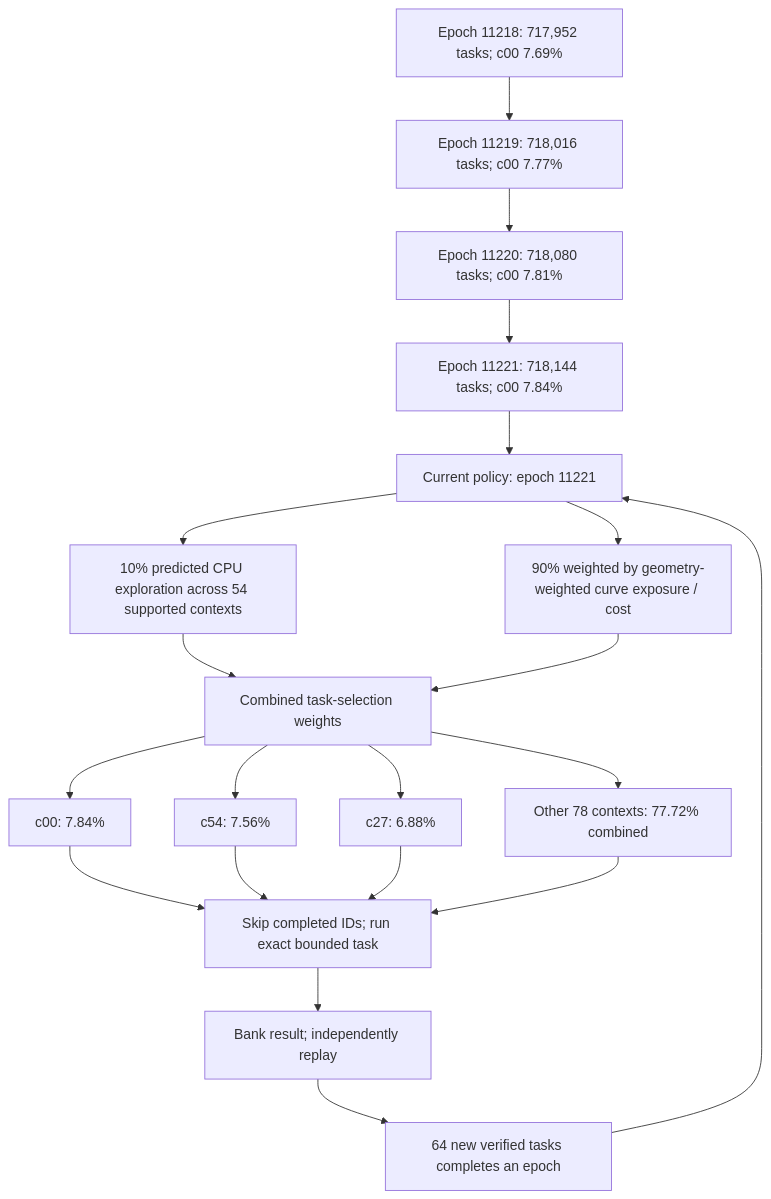
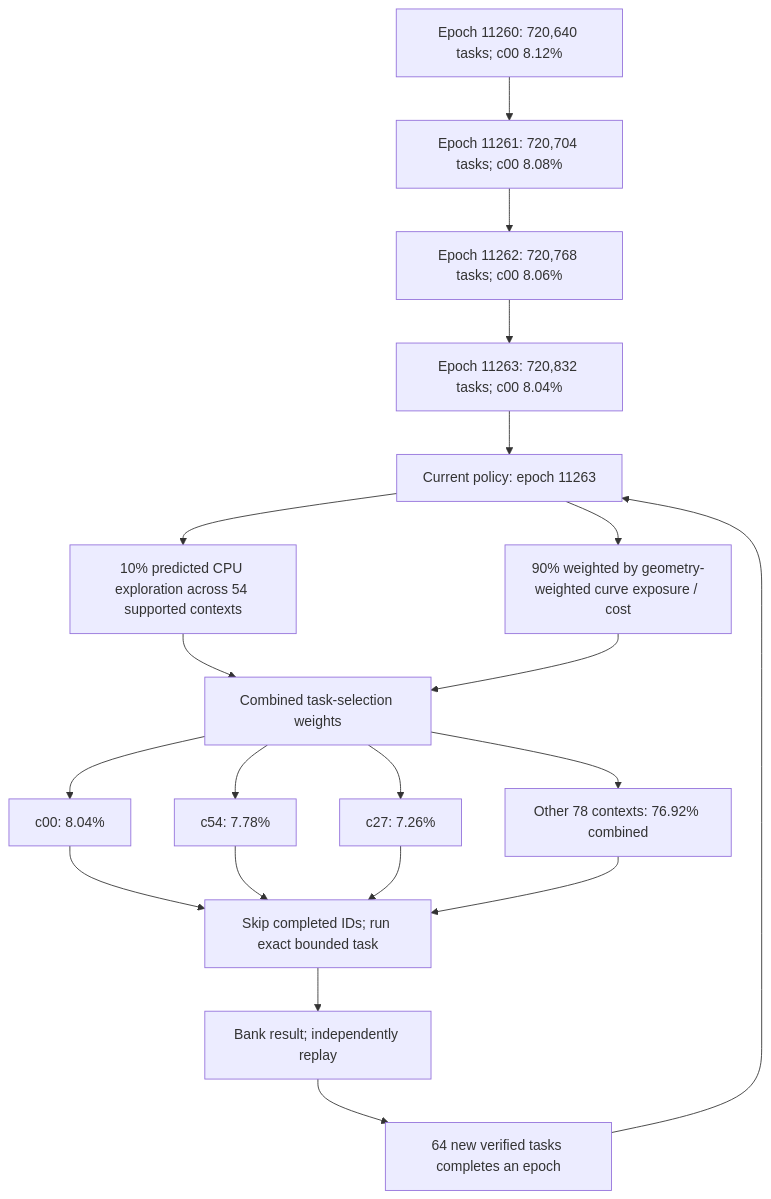
One commit to Kuberwastaken/math-gambling changed the first of 4 diagrams in README.md. Above: the diagram before and after it, drawn with Mermaid. The commit also changed other lines of this file and 5776 other files, not shown here.

````diff
--- a/README.md
+++ b/README.md
@@ -60,27 +60,27 @@
 ```mermaid
 flowchart TD
-    H0["Epoch 11218: 717,952 tasks; c00 7.69%"]
-    H1["Epoch 11219: 718,016 tasks; c00 7.77%"]
+    H0["Epoch 11260: 720,640 tasks; c00 8.12%"]
+    H1["Epoch 11261: 720,704 tasks; c00 8.08%"]
     H0 --> H1
-    H2["Epoch 11220: 718,080 tasks; c00 7.81%"]
+    H2["Epoch 11262: 720,768 tasks; c00 8.06%"]
     H1 --> H2
-    H3["Epoch 11221: 718,144 tasks; c00 7.84%"]
+    H3["Epoch 11263: 720,832 tasks; c00 8.04%"]
     H2 --> H3
-    Policy["Current policy: epoch 11221"]
+    Policy["Current policy: epoch 11263"]
     H3 --> Policy
     Policy --> Explore["10% predicted CPU exploration across 54 supported contexts"]
     Policy --> Cost["90% weighted by geometry-weighted curve exposure / cost"]
     Explore --> Mix["Combined task-selection weights"]
     Cost --> Mix
-    Mix --> C0["c00: 7.84%"]
-    Mix --> C1["c54: 7.56%"]
-    Mix --> C2["c27: 6.88%"]
-    Mix --> Rest["Other 78 contexts: 77.72% combined"]
+    Mix --> C0["c00: 8.04%"]
+    Mix --> C1["c54: 7.78%"]
+    Mix --> C2["c27: 7.26%"]
+    Mix --> Rest["Other 78 contexts: 76.92% combined"]
     C0 --> Check["Skip completed IDs; run exact bounded task"]
     C1 --> Check
     C2 --> Check
     Rest --> Check
     Check --> Replay["Bank result; independently replay"]
     Replay --> Gate["64 new verified tasks completes an epoch"]
     Gate --> Policy
 ```
````
